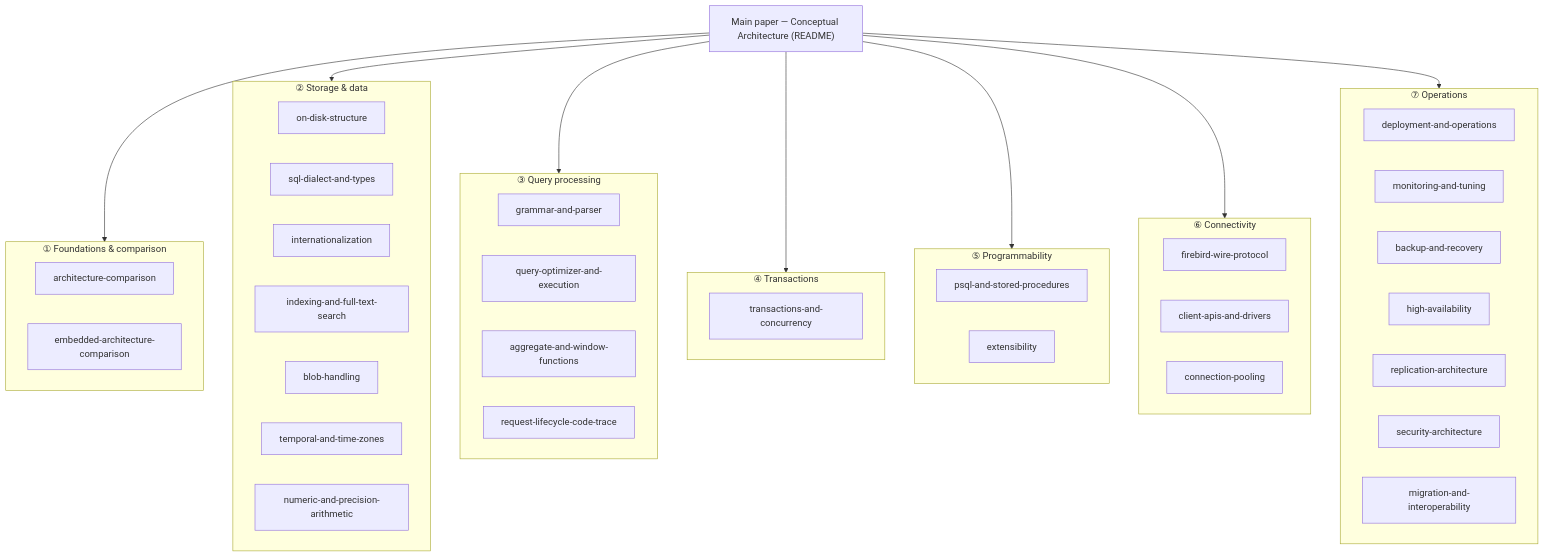
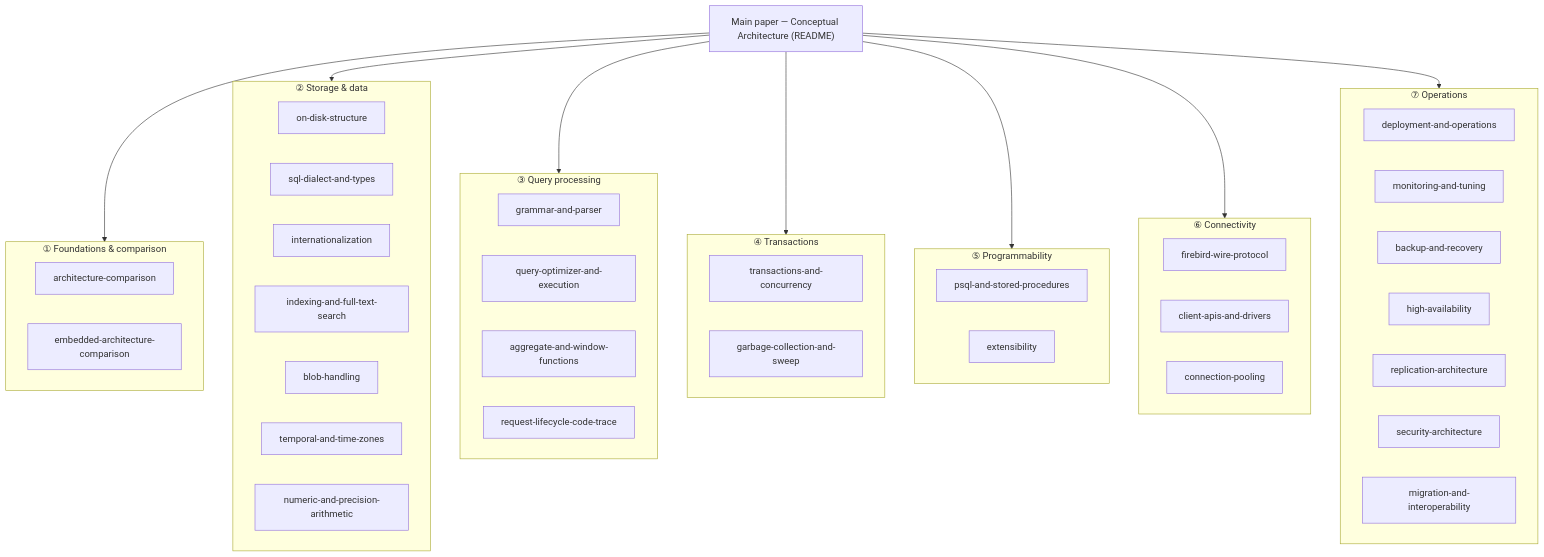
One commit to mariuz/conceptual-architecture-for-firebird-paper changed the diagram in READING-GUIDE.md. Above: the diagram before and after it, drawn with Mermaid. The commit also changed other lines of this file and 2 other files, not shown here.

First line of the commit message:
Add garbage collection, sweep and record-version lifecycle document

````diff
--- a/READING-GUIDE.md
+++ b/READING-GUIDE.md
@@ -9,47 +9,48 @@
 ```mermaid
 flowchart TB
     PAPER["Main paper — Conceptual Architecture (README)"]
 
     PAPER --> T1 & T2 & T3 & T4 & T5 & T6 & T7
 
     subgraph T1["① Foundations & comparison"]
         A1["architecture-comparison"]
         A2["embedded-architecture-comparison"]
     end
     subgraph T2["② Storage & data"]
         B1["on-disk-structure"]
         B2["sql-dialect-and-types"]
         B3["internationalization"]
         B4["indexing-and-full-text-search"]
         B5["blob-handling"]
         B6["temporal-and-time-zones"]
         B7["numeric-and-precision-arithmetic"]
     end
     subgraph T3["③ Query processing"]
         C1["grammar-and-parser"]
         C2["query-optimizer-and-execution"]
         C3["aggregate-and-window-functions"]
         C4["request-lifecycle-code-trace"]
     end
     subgraph T4["④ Transactions"]
         D1["transactions-and-concurrency"]
+        D2["garbage-collection-and-sweep"]
     end
     subgraph T5["⑤ Programmability"]
         E1["psql-and-stored-procedures"]
         E2["extensibility"]
     end
     subgraph T6["⑥ Connectivity"]
         F1["firebird-wire-protocol"]
         F2["client-apis-and-drivers"]
         F3["connection-pooling"]
     end
     subgraph T7["⑦ Operations"]
         G1["deployment-and-operations"]
         G2["monitoring-and-tuning"]
         G3["backup-and-recovery"]
         G4["high-availability"]
         G5["replication-architecture"]
         G6["security-architecture"]
         G7["migration-and-interoperability"]
     end
 ```
````
